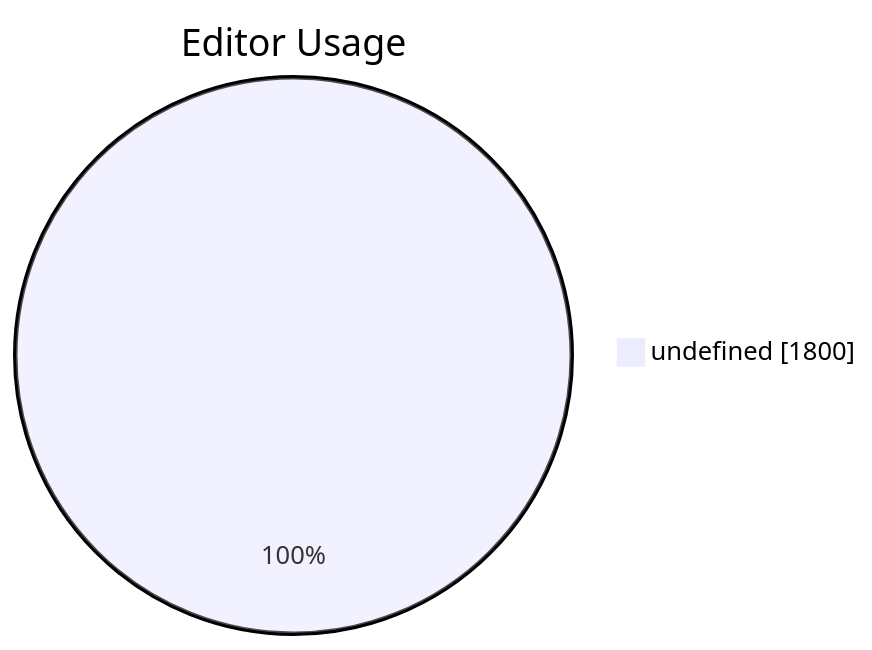
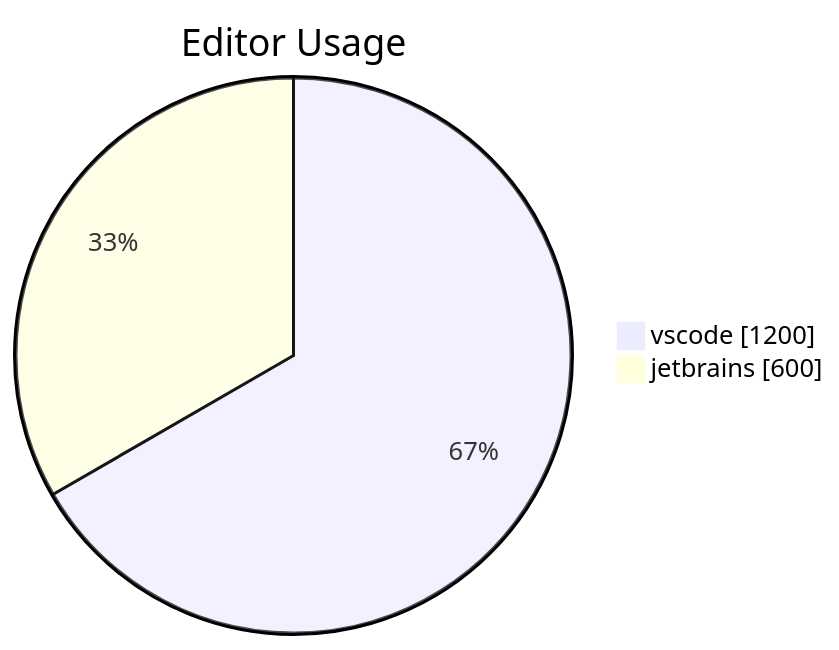
The fourth of 4 diagrams in __tests__/mock/org-usage-summary.md (austenstone/copilot-usage), drawn with Mermaid before and after one commit. The commit also changed other lines of this file and 12 other files, not shown here.

````diff
--- a/__tests__/mock/org-usage-summary.md
+++ b/__tests__/mock/org-usage-summary.md
@@ -125,5 +56,6 @@
 ```mermaid
 pie showData
 title Editor Usage
-    "undefined" : 1800
+    "vscode" : 1200
+"jetbrains" : 600
 ```
````
